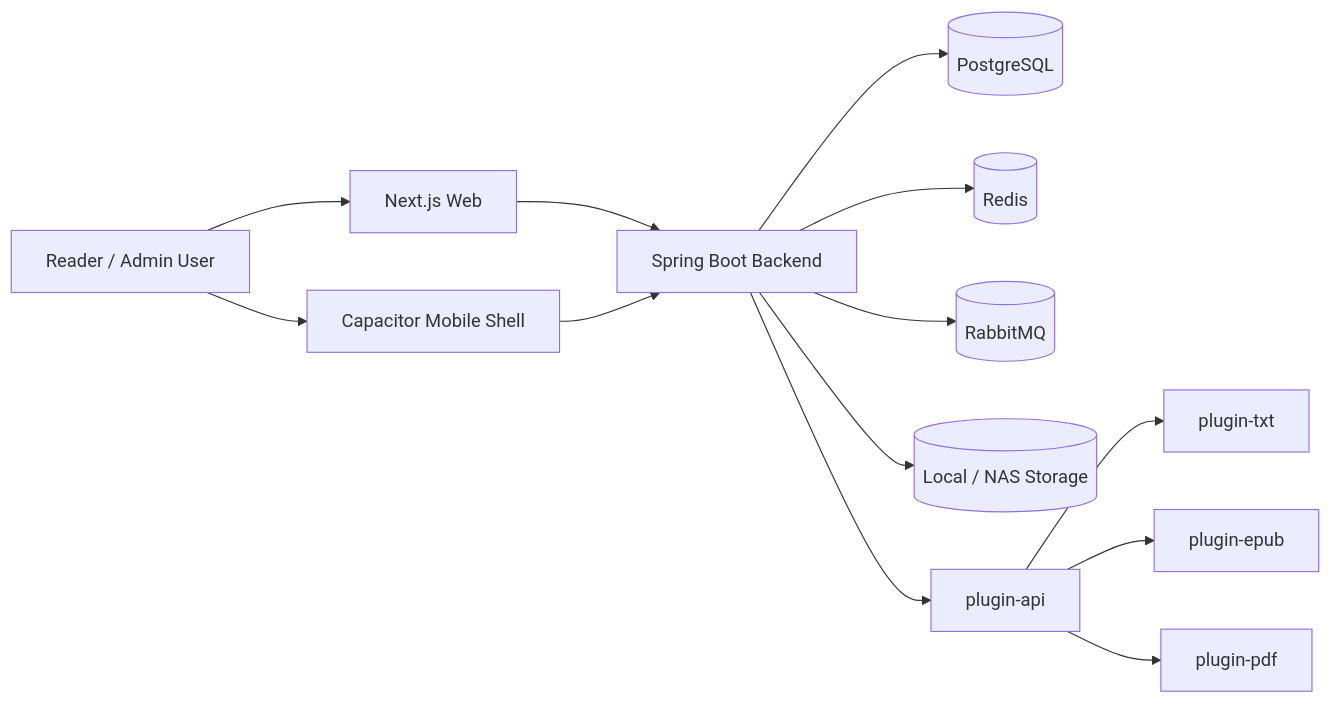
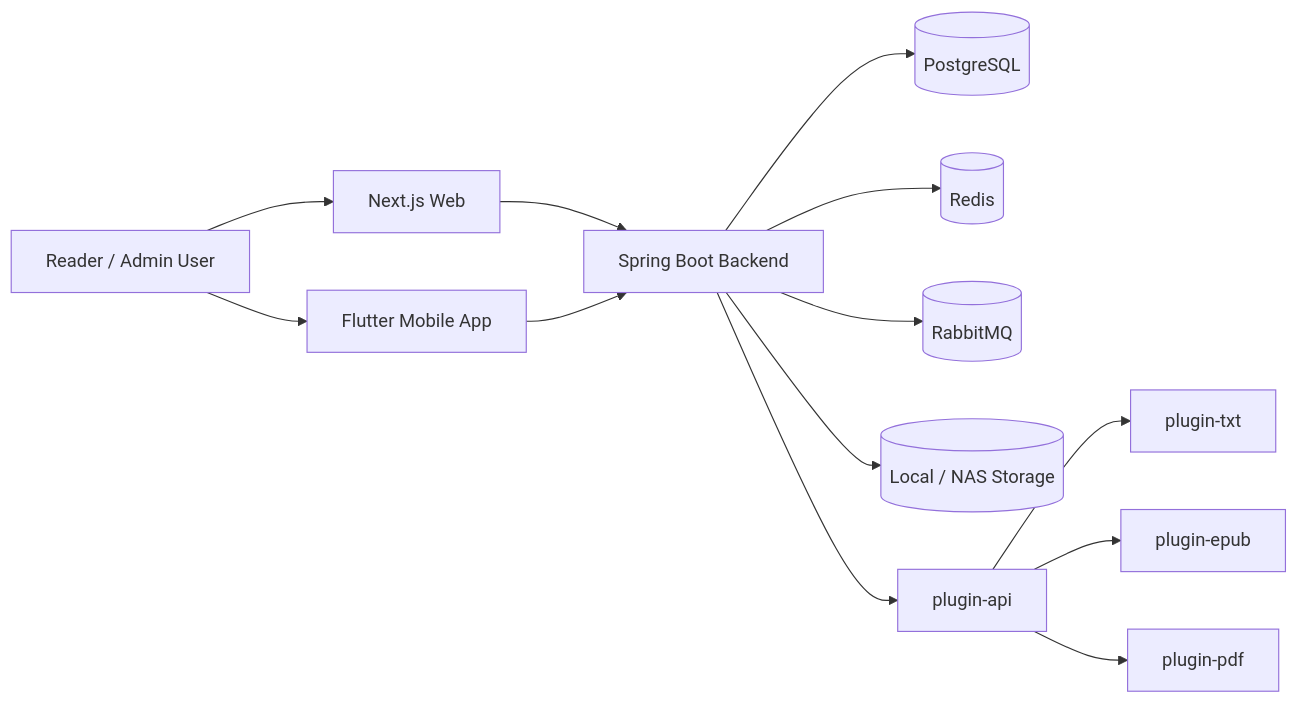
The first of 3 diagrams in docs/系统详细设计文档.md (mini2436/Books), drawn with Mermaid before and after one commit. The commit also changed other lines of this file and 109 other files, not shown here.

Commit message:
Rebuild mobile app with Flutter reader

````diff
--- a/docs/系统详细设计文档.md
+++ b/docs/系统详细设计文档.md
@@ -64,18 +64,18 @@
 ```mermaid
 flowchart LR
     U[Reader / Admin User] --> W[Next.js Web]
-    U --> M[Capacitor Mobile Shell]
+    U --> M[Flutter Mobile App]
 
     W --> B[Spring Boot Backend]
     M --> B
 
     B --> PG[(PostgreSQL)]
     B --> R[(Redis)]
     B --> MQ[(RabbitMQ)]
     B --> FS[(Local / NAS Storage)]
 
     B --> P0[plugin-api]
     P0 --> P1[plugin-txt]
     P0 --> P2[plugin-epub]
     P0 --> P3[plugin-pdf]
 ```
````
